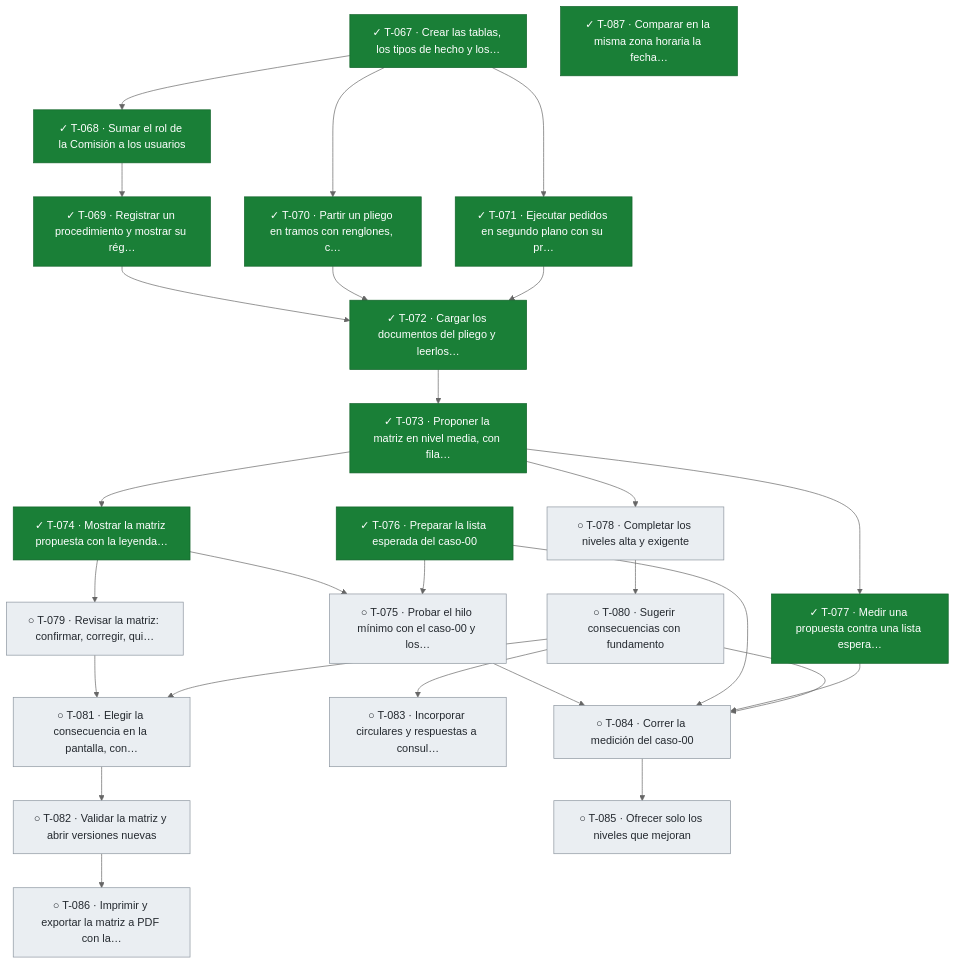
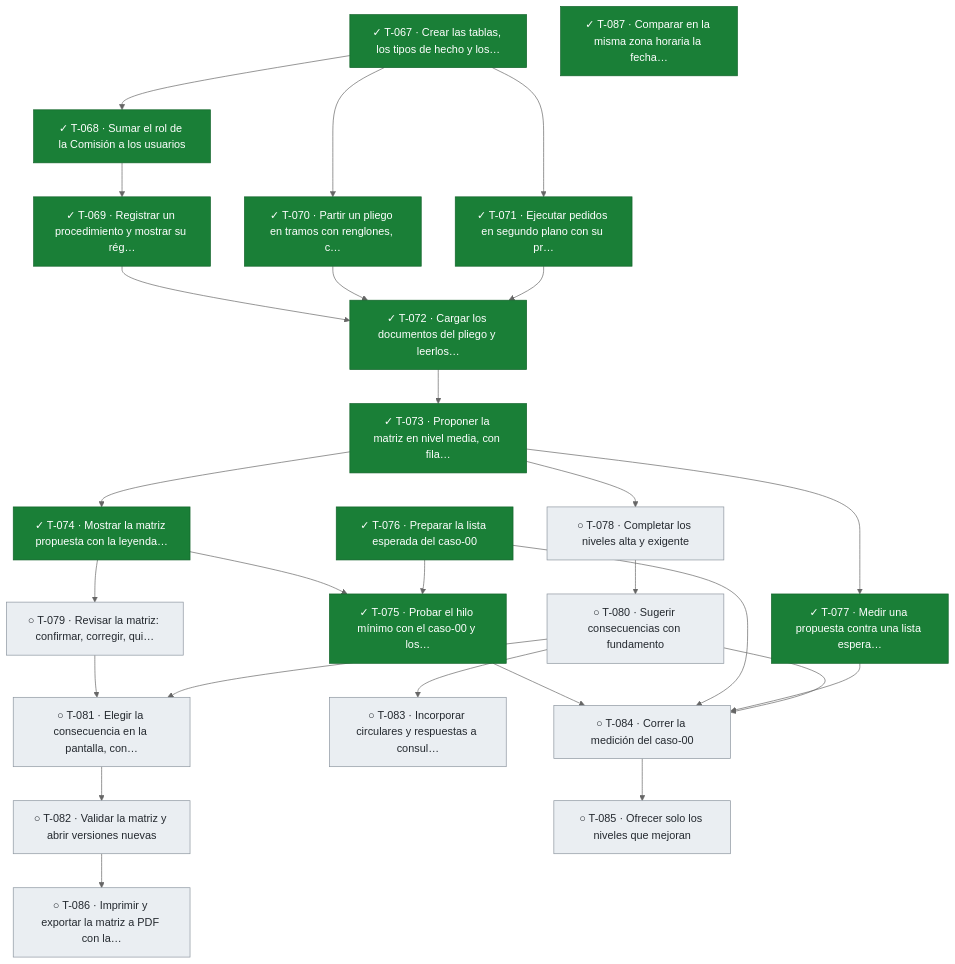
One commit to snavello/EVALUON changed the fifth of 5 diagrams in docs/tablero.md. Above: the diagram before and after it, drawn with Mermaid (neutral theme). The commit also changed other lines of this file and 1 other file, not shown here.

````diff
--- a/docs/tablero.md
+++ b/docs/tablero.md
@@ -400,54 +400,54 @@
 ```mermaid
 flowchart TD
   T067["✓ T-067 · Crear las tablas, los tipos de hecho y los…"]:::done
   T068["✓ T-068 · Sumar el rol de la Comisión a los usuarios"]:::done
   T069["✓ T-069 · Registrar un procedimiento y mostrar su rég…"]:::done
   T070["✓ T-070 · Partir un pliego en tramos con renglones, c…"]:::done
   T071["✓ T-071 · Ejecutar pedidos en segundo plano con su pr…"]:::done
   T072["✓ T-072 · Cargar los documentos del pliego y leerlos…"]:::done
   T073["✓ T-073 · Proponer la matriz en nivel media, con fila…"]:::done
   T074["✓ T-074 · Mostrar la matriz propuesta con la leyenda…"]:::done
-  T075["○ T-075 · Probar el hilo mínimo con el caso-00 y los…"]:::todo
+  T075["✓ T-075 · Probar el hilo mínimo con el caso-00 y los…"]:::done
   T076["✓ T-076 · Preparar la lista esperada del caso-00"]:::done
   T077["✓ T-077 · Medir una propuesta contra una lista espera…"]:::done
   T078["○ T-078 · Completar los niveles alta y exigente"]:::todo
   T079["○ T-079 · Revisar la matriz: confirmar, corregir, qui…"]:::todo
   T080["○ T-080 · Sugerir consecuencias con fundamento"]:::todo
   T081["○ T-081 · Elegir la consecuencia en la pantalla, con…"]:::todo
   T082["○ T-082 · Validar la matriz y abrir versiones nuevas"]:::todo
   T083["○ T-083 · Incorporar circulares y respuestas a consul…"]:::todo
   T084["○ T-084 · Correr la medición del caso-00"]:::todo
   T085["○ T-085 · Ofrecer solo los niveles que mejoran"]:::todo
   T086["○ T-086 · Imprimir y exportar la matriz a PDF con la…"]:::todo
   T087["✓ T-087 · Comparar en la misma zona horaria la fecha…"]:::done
   T067 --> T068
   T068 --> T069
   T067 --> T070
   T067 --> T071
   T069 --> T072
   T070 --> T072
   T071 --> T072
   T072 --> T073
   T073 --> T074
   T074 --> T075
   T076 --> T075
   T073 --> T077
   T073 --> T078
   T074 --> T079
   T078 --> T080
   T079 --> T081
   T080 --> T081
   T081 --> T082
   T080 --> T083
   T075 --> T084
   T076 --> T084
   T077 --> T084
   T080 --> T084
   T084 --> T085
   T082 --> T086
   classDef done fill:#1a7f37,stroke:#116329,color:#ffffff
   classDef review fill:#0969da,stroke:#0550ae,color:#ffffff
   classDef active fill:#bf8700,stroke:#7d4e00,color:#ffffff
   classDef blocked fill:#cf222e,stroke:#a40e26,color:#ffffff
   classDef todo fill:#eaeef2,stroke:#8c959f,color:#24292f
 ```
````
